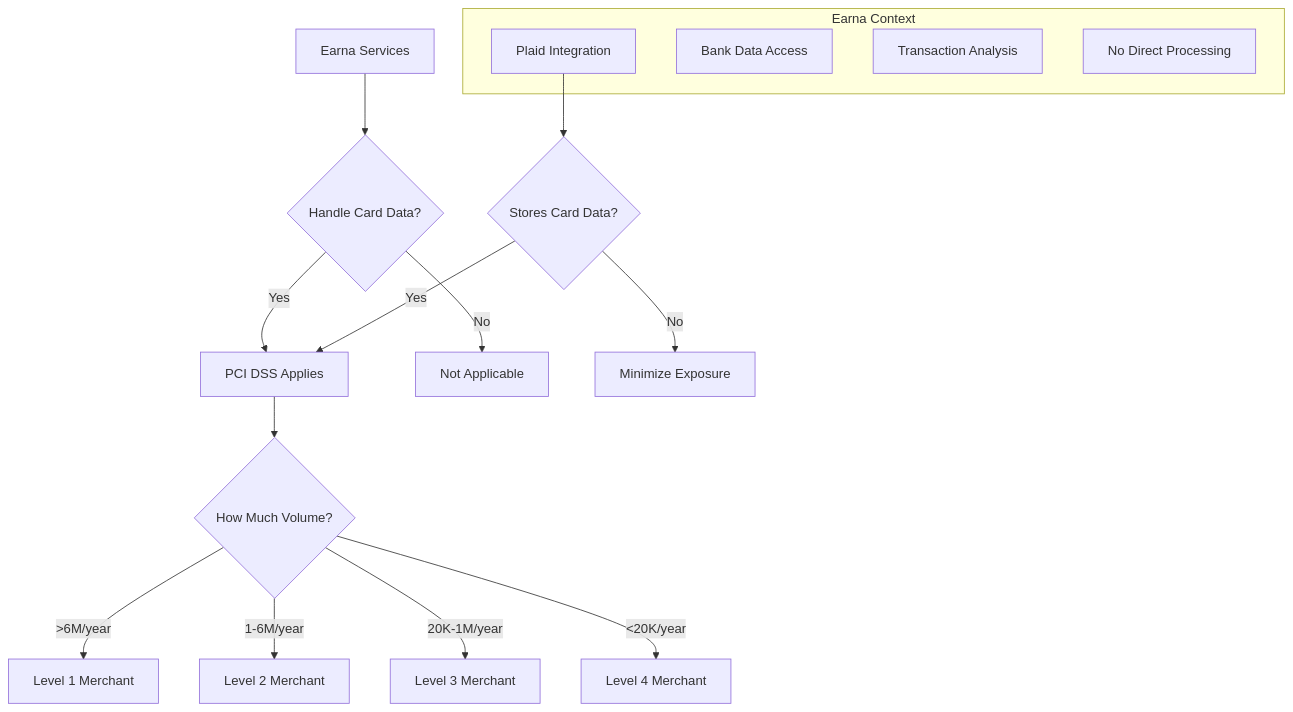
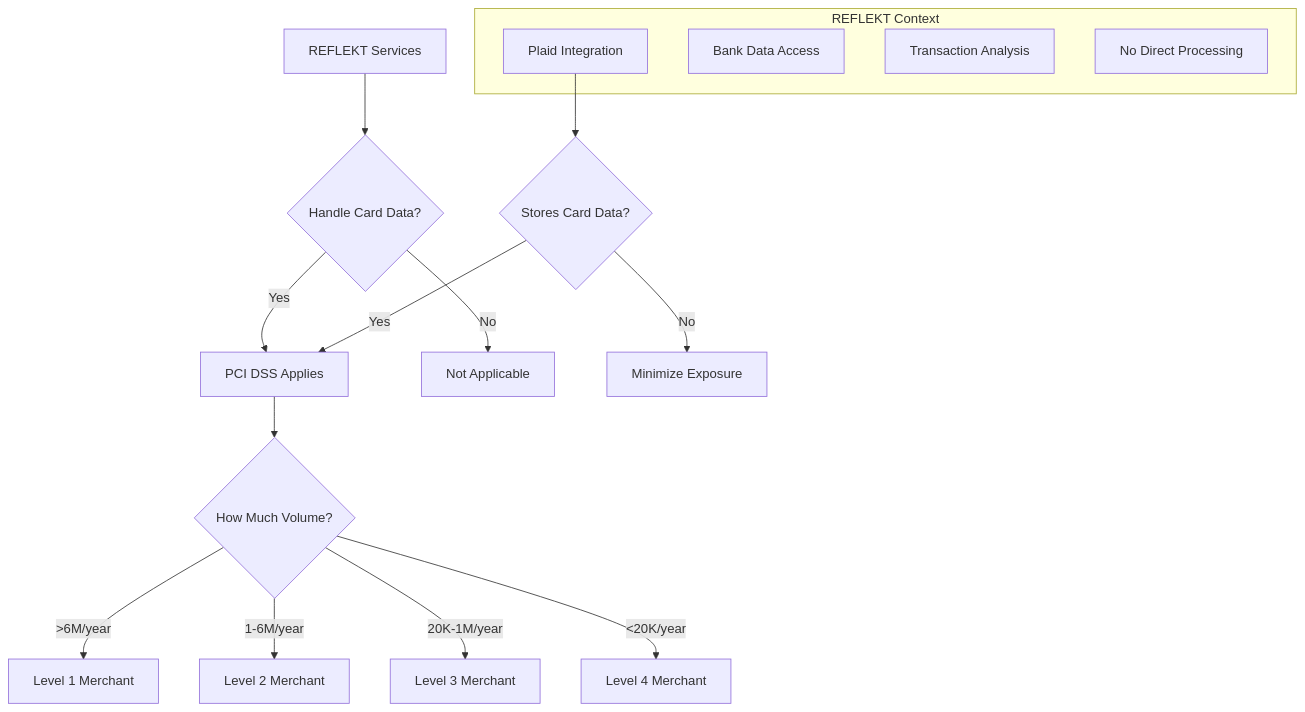
Before and after one commit to identity-wael/REFLEKT: the first of 5 diagrams in docs-nextra/src/content/compliance/data-payment-compliance/pci-dss/index.mdx, drawn with Mermaid. The commit also changed other lines of this file and 88 other files, not shown here.

First line of the commit message:
docs: rebrand docs-nextra from Earna AI to REFLEKT

````diff
--- a/docs-nextra/src/content/compliance/data-payment-compliance/pci-dss/index.mdx
+++ b/docs-nextra/src/content/compliance/data-payment-compliance/pci-dss/index.mdx
@@ -9,23 +9,23 @@
 ```mermaid
 flowchart TD
-    A[Earna Services] --> B{Handle Card Data?}
+    A[REFLEKT Services] --> B{Handle Card Data?}
     B -->|Yes| C[PCI DSS Applies]
     B -->|No| D[Not Applicable]
 
     C --> E{How Much Volume?}
     E -->|>6M/year| F[Level 1 Merchant]
     E -->|1-6M/year| G[Level 2 Merchant]
     E -->|20K-1M/year| H[Level 3 Merchant]
     E -->|<20K/year| I[Level 4 Merchant]
 
-    subgraph "Earna Context"
+    subgraph "REFLEKT Context"
         J[Plaid Integration]
         K[Bank Data Access]
         L[Transaction Analysis]
         M[No Direct Processing]
     end
 
     J --> N{Stores Card Data?}
     N -->|Yes| C
     N -->|No| O[Minimize Exposure]
 ```
````
